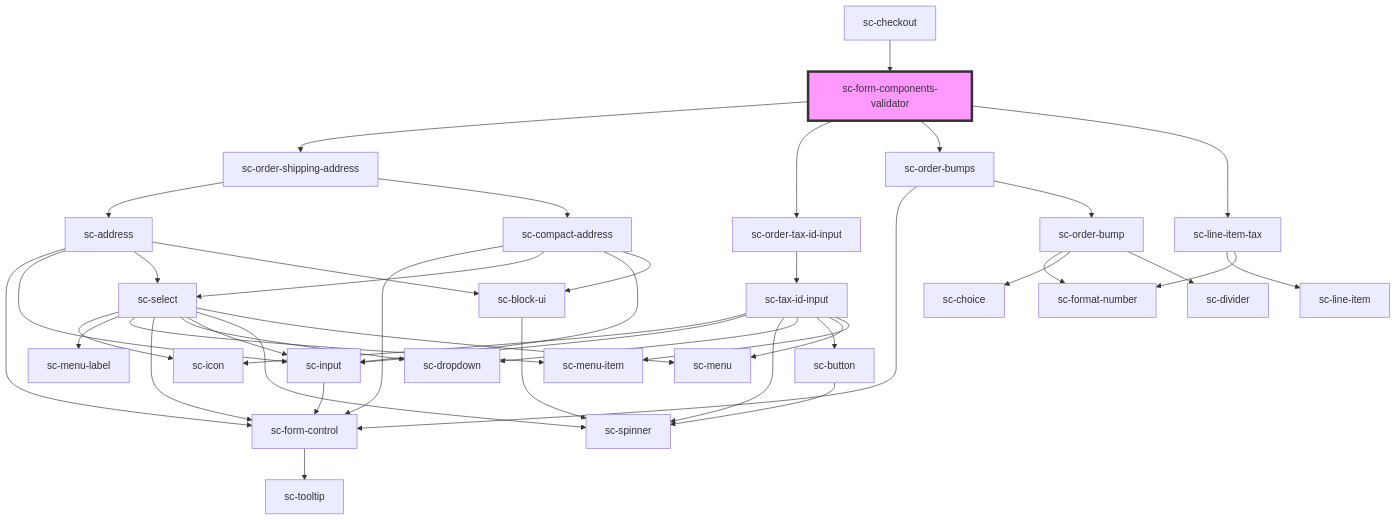
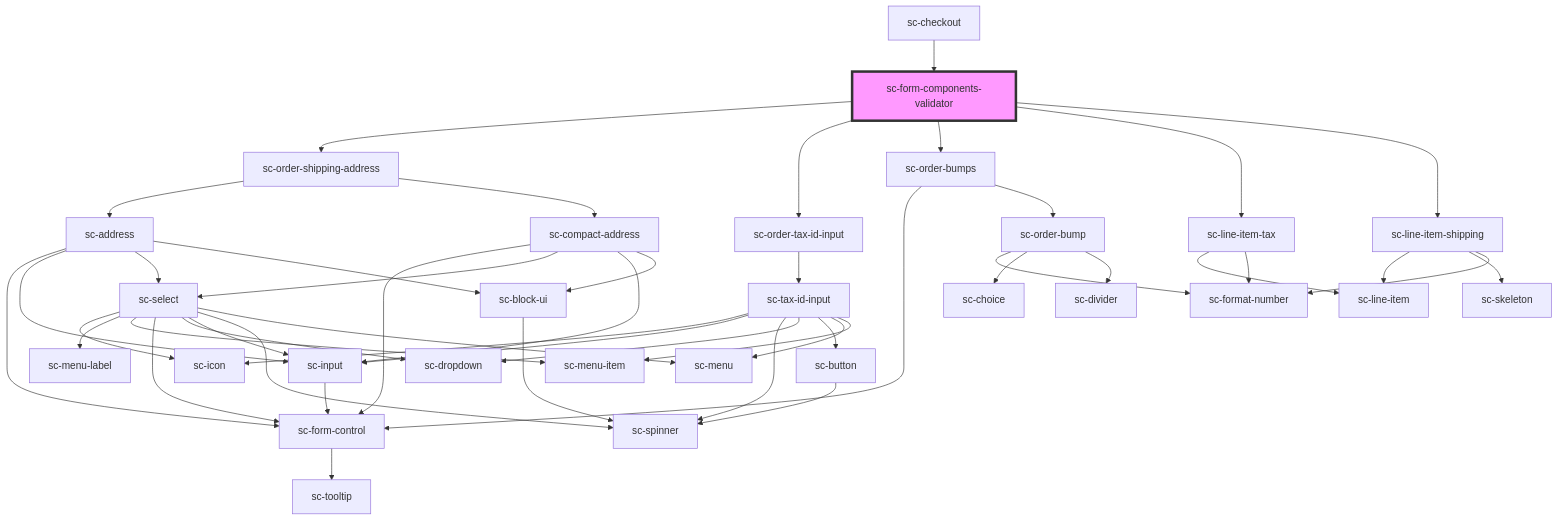
The diagram in packages/components/src/components/providers/form-components-validator/readme.md (surecart/surecart-wp-plugin), drawn with Mermaid before and after one commit. The commit also changed other lines of this file and 24 other files, not shown here.

Commit message:
Add the shipping line item, to show the shipping amount

````diff
--- a/packages/components/src/components/providers/form-components-validator/readme.md
+++ b/packages/components/src/components/providers/form-components-validator/readme.md
@@ -31,46 +32,50 @@
 ```mermaid
 graph TD;
   sc-form-components-validator --> sc-order-shipping-address
   sc-form-components-validator --> sc-order-tax-id-input
   sc-form-components-validator --> sc-order-bumps
   sc-form-components-validator --> sc-line-item-tax
+  sc-form-components-validator --> sc-line-item-shipping
   sc-order-shipping-address --> sc-address
   sc-order-shipping-address --> sc-compact-address
   sc-address --> sc-form-control
   sc-address --> sc-input
   sc-address --> sc-select
   sc-address --> sc-block-ui
   sc-form-control --> sc-tooltip
   sc-input --> sc-form-control
   sc-select --> sc-icon
   sc-select --> sc-menu-label
   sc-select --> sc-menu-item
   sc-select --> sc-form-control
   sc-select --> sc-dropdown
   sc-select --> sc-input
   sc-select --> sc-spinner
   sc-select --> sc-menu
   sc-block-ui --> sc-spinner
   sc-compact-address --> sc-form-control
   sc-compact-address --> sc-select
   sc-compact-address --> sc-input
   sc-compact-address --> sc-block-ui
   sc-order-tax-id-input --> sc-tax-id-input
   sc-tax-id-input --> sc-icon
   sc-tax-id-input --> sc-input
   sc-tax-id-input --> sc-spinner
   sc-tax-id-input --> sc-dropdown
   sc-tax-id-input --> sc-button
   sc-tax-id-input --> sc-menu
   sc-tax-id-input --> sc-menu-item
   sc-button --> sc-spinner
   sc-order-bumps --> sc-form-control
   sc-order-bumps --> sc-order-bump
   sc-order-bump --> sc-format-number
   sc-order-bump --> sc-choice
   sc-order-bump --> sc-divider
   sc-line-item-tax --> sc-line-item
   sc-line-item-tax --> sc-format-number
+  sc-line-item-shipping --> sc-line-item
+  sc-line-item-shipping --> sc-skeleton
+  sc-line-item-shipping --> sc-format-number
   sc-checkout --> sc-form-components-validator
   style sc-form-components-validator fill:#f9f,stroke:#333,stroke-width:4px
 ```
````
